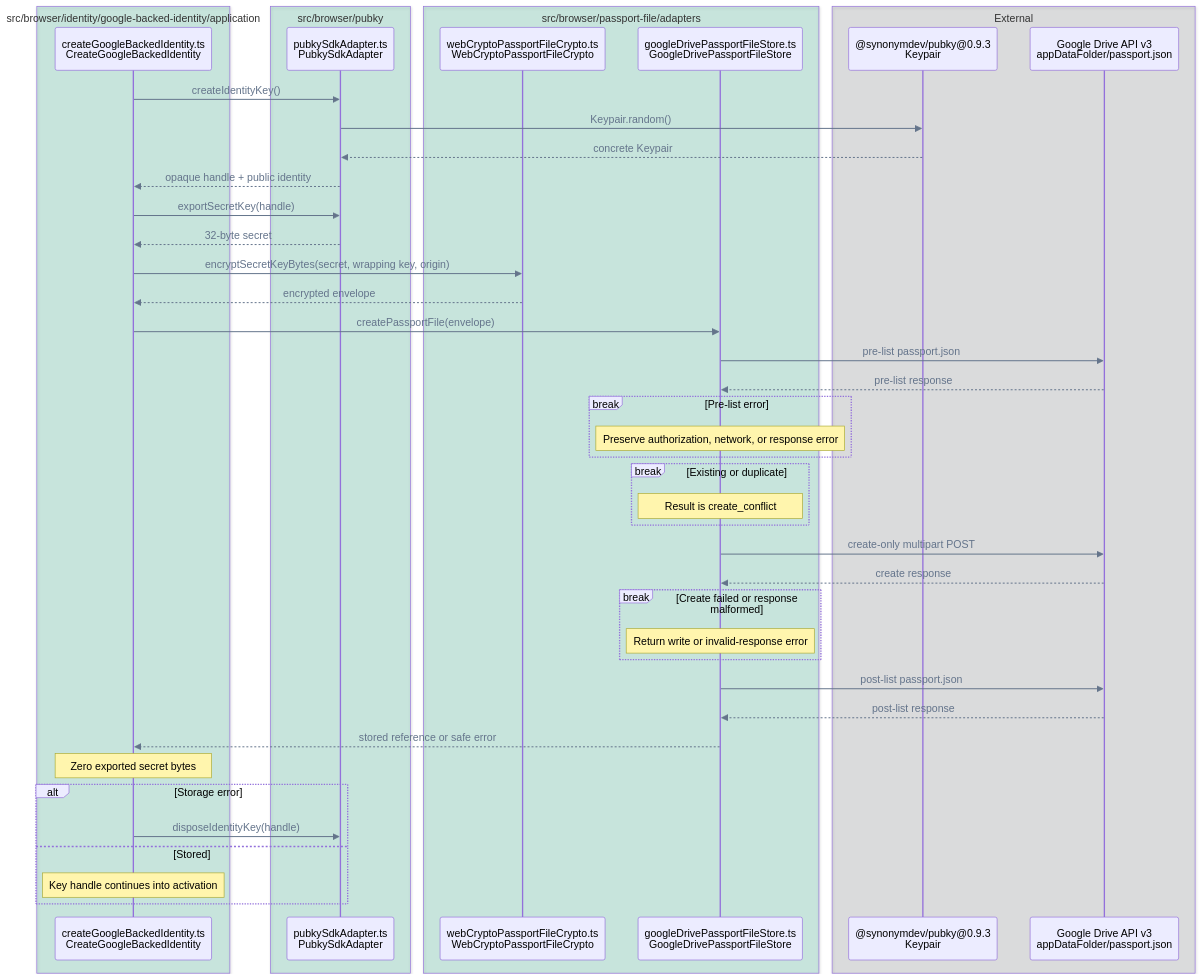
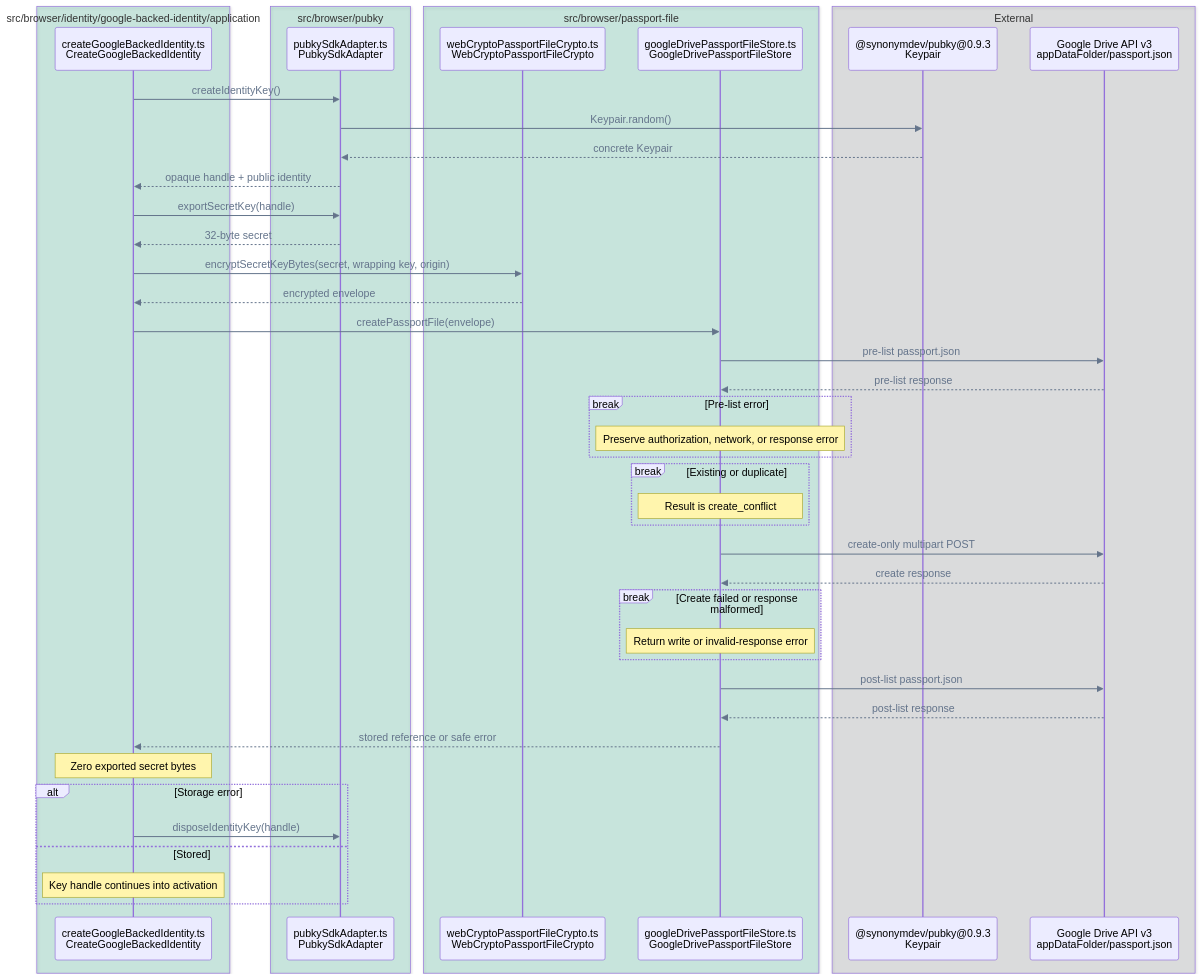
The tenth of 14 diagrams in FLOWS.md (pubky/pubky-passport), drawn with Mermaid before and after one commit. The commit also changed other lines of this file and 13 other files, not shown here.

````diff
--- a/FLOWS.md
+++ b/FLOWS.md
@@ -521,52 +521,52 @@
 ```mermaid
 %%{init: {"themeVariables": {"signalColor": "#64748B", "signalTextColor": "#64748B"}}}%%
 sequenceDiagram
     accTitle: Missing identity encryption and Drive storage call flow
     accDescr: CreateGoogleBackedIdentity asks PubkySdkAdapter and the Pubky SDK for a new key and exported secret, encrypts the secret through a focused callback bound from WebCryptoPassportFileCrypto, creates the Google Drive Passport file through a focused callback bound from GoogleDrivePassportFileStore, and then zeros the exported bytes.
     box rgba(0, 158, 115, 0.18) src/browser/identity/google-backed-identity/application
         participant Creator as createGoogleBackedIdentity.ts<br/>CreateGoogleBackedIdentity
     end
     box rgba(0, 158, 115, 0.18) src/browser/pubky
         participant Pubky as pubkySdkAdapter.ts<br/>PubkySdkAdapter
     end
-    box rgba(0, 158, 115, 0.18) src/browser/passport-file/adapters
+    box rgba(0, 158, 115, 0.18) src/browser/passport-file
         participant Crypto as webCryptoPassportFileCrypto.ts<br/>WebCryptoPassportFileCrypto
         participant DriveStore as googleDrivePassportFileStore.ts<br/>GoogleDrivePassportFileStore
     end
     box rgba(17, 24, 39, 0.12) External
         participant SDK as @synonymdev/pubky@0.9.3<br/>Keypair
         participant Drive as Google Drive API v3<br/>appDataFolder/passport.json
     end
 
     Creator->>Pubky: createIdentityKey()
     Pubky->>SDK: Keypair.random()
     SDK-->>Pubky: concrete Keypair
     Pubky-->>Creator: opaque handle + public identity
     Creator->>Pubky: exportSecretKey(handle)
     Pubky-->>Creator: 32-byte secret
     Creator->>Crypto: encryptSecretKeyBytes(secret, wrapping key, origin)
     Crypto-->>Creator: encrypted envelope
     Creator->>DriveStore: createPassportFile(envelope)
     DriveStore->>Drive: pre-list passport.json
     Drive-->>DriveStore: pre-list response
     break Pre-list error
         Note over DriveStore: Preserve authorization, network, or response error
     end
     break Existing or duplicate
         Note over DriveStore: Result is create_conflict
     end
     DriveStore->>Drive: create-only multipart POST
     Drive-->>DriveStore: create response
     break Create failed or response malformed
         Note over DriveStore: Return write or invalid-response error
     end
     DriveStore->>Drive: post-list passport.json
     Drive-->>DriveStore: post-list response
     DriveStore-->>Creator: stored reference or safe error
     Note over Creator: Zero exported secret bytes
     alt Storage error
         Creator->>Pubky: disposeIdentityKey(handle)
     else Stored
         Note over Creator: Key handle continues into activation
     end
 ```
````
